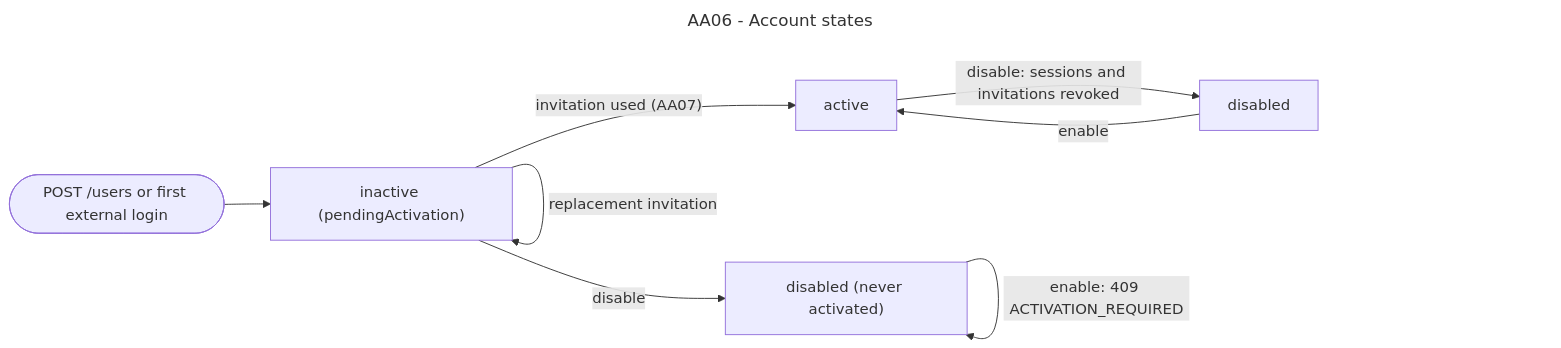
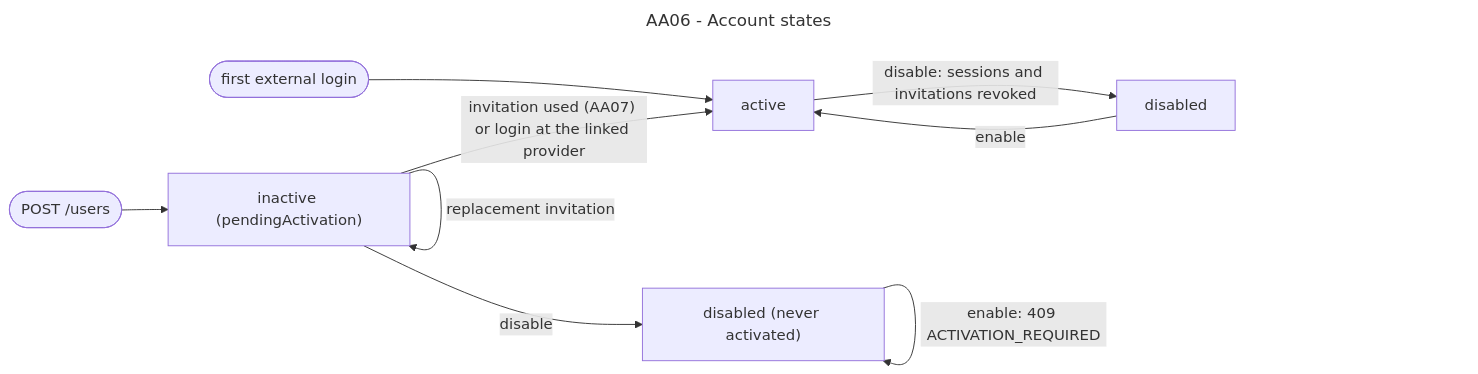
One commit to ivasduarte/laprizza changed the third of 3 diagrams in docs/flows/authentication/role-assignment-and-invitations.md. Above: the diagram before and after it, drawn with Mermaid. The commit also changed other lines of this file and 14 other files, not shown here.

````diff
--- a/docs/flows/authentication/role-assignment-and-invitations.md
+++ b/docs/flows/authentication/role-assignment-and-invitations.md
@@ -162,13 +162,14 @@
 ```mermaid
 ---
 title: "AA06 - Account states"
 ---
 flowchart LR
-    N(["POST /users or first external login"]) --> I["inactive (pendingActivation)"]
-    I -- "invitation used (AA07)" --> A["active"]
+    N(["POST /users"]) --> I["inactive (pendingActivation)"]
+    E(["first external login"]) --> A
+    I -- "invitation used (AA07) or login at the linked provider" --> A["active"]
     I -- "replacement invitation" --> I
     I -- "disable" --> D0["disabled (never activated)"]
     A -- "disable: sessions and invitations revoked" --> D["disabled"]
     D -- "enable" --> A
     D0 -- "enable: 409 ACTIVATION_REQUIRED" --> D0
 ```
````
